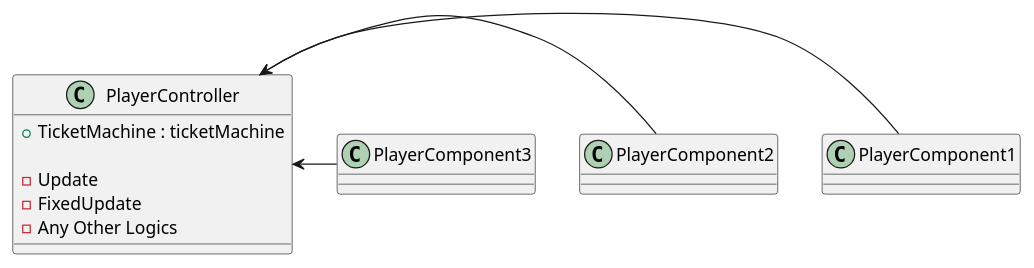
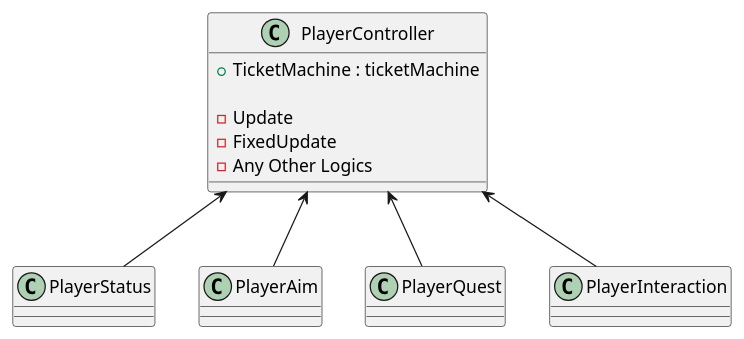
The first of 2 diagrams in UML/Player/Player.puml (Jeongmin94/Ellie), drawn with PlantUML before and after one commit. The commit also changed other lines of this file, not shown here.

Commit message:
feat: 플레이어 uml 작성중

```diff
--- a/UML/Player/Player.puml
+++ b/UML/Player/Player.puml
@@ -1,26 +1,16 @@
 @startuml
 
 class PlayerController{
     + TicketMachine : ticketMachine
 
     - Update
     - FixedUpdate
     - Any Other Logics
 }
 
-class PlayerComponent1{
+PlayerController <-down- PlayerStatus
+PlayerController <-down- PlayerAim
+PlayerController <-down- PlayerQuest
+PlayerController <-down- PlayerInteraction
 
-}
-
-class PlayerComponent1{
-
-}
-
-class PlayerComponent1{
-
-}
-
-PlayerController <- PlayerComponent1
-PlayerController <- PlayerComponent2
-PlayerController <- PlayerComponent3
 @enduml
```
